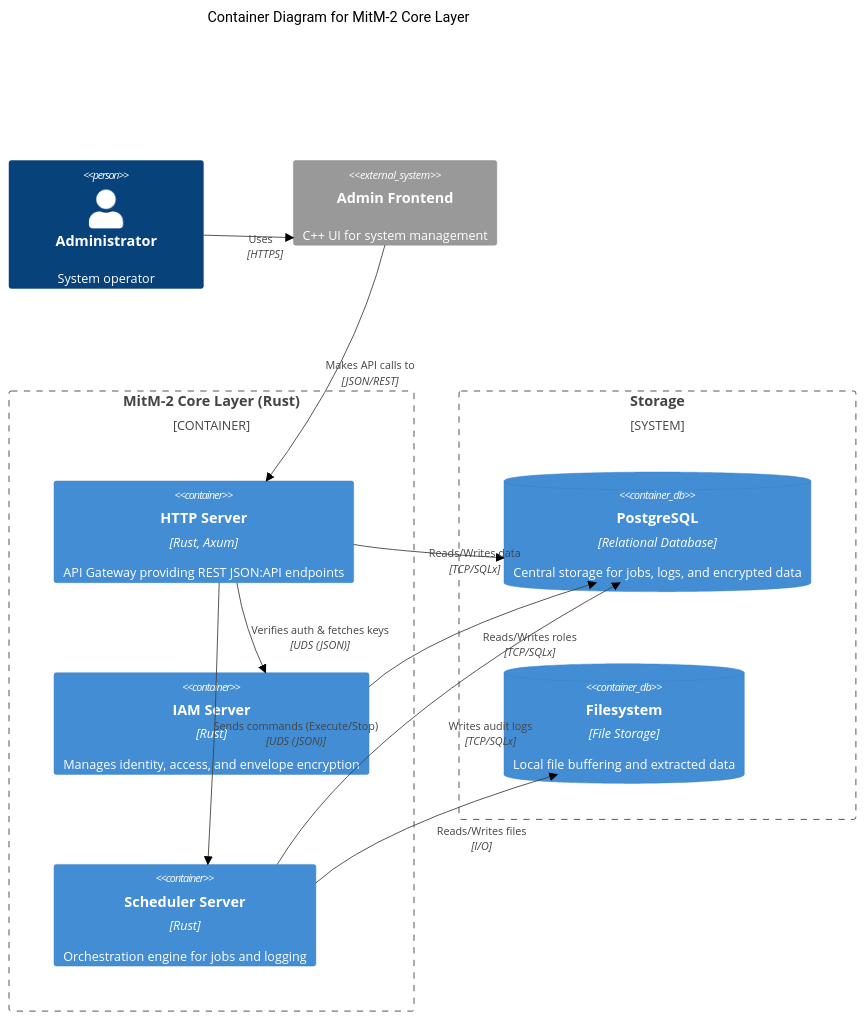
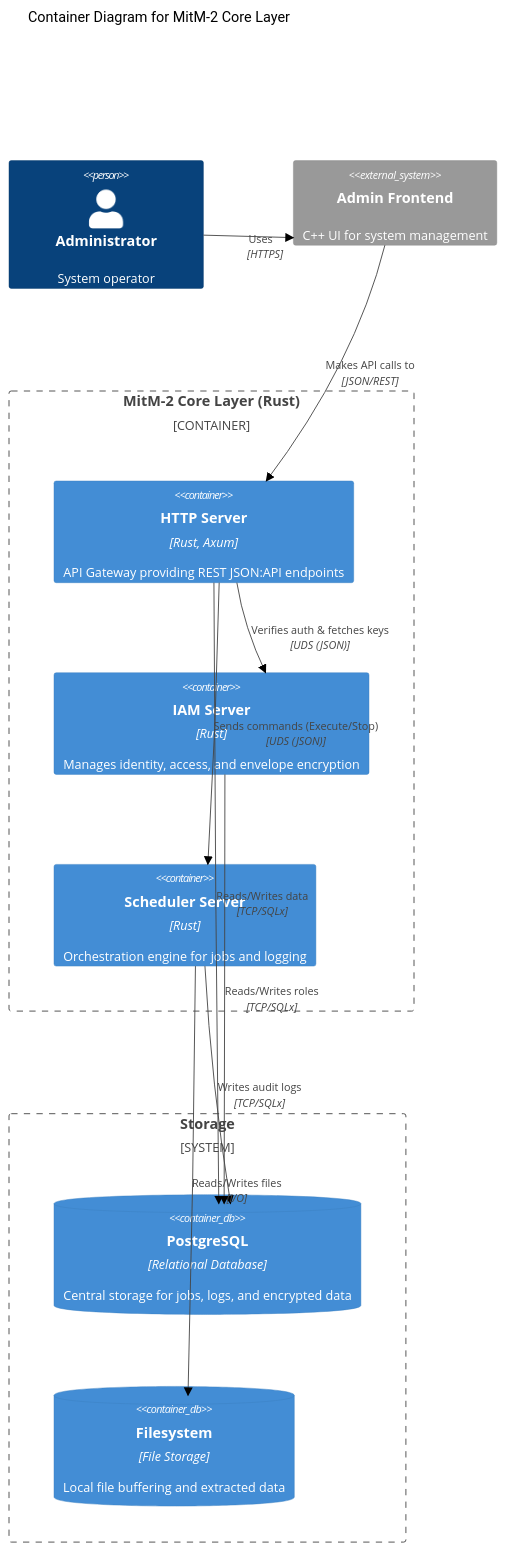
Before and after one commit to Zheng-Bote/mitm_core-layer: the second of 2 diagrams in README.md, drawn with Mermaid (forest theme).

Commit message:
docs: Force vertical layout for boundaries in C4 diagram

````diff
--- a/README.md
+++ b/README.md
@@ -36,32 +36,33 @@
 ```mermaid
 C4Container
     title Container Diagram for MitM-2 Core Layer
+    UpdateLayoutConfig($c4ShapeInRow="3", $c4BoundaryInRow="1")
 
     %% 1. Reihe
     Person(admin, "Administrator", "System operator")
     System_Ext(cpp_frontend, "Admin Frontend", "C++ UI for system management")
 
     %% 2. Reihe
     Container_Boundary(c1, "MitM-2 Core Layer (Rust)") {
         Container(http_server, "HTTP Server", "Rust, Axum", "API Gateway providing REST JSON:API endpoints")
         Container(iam_server, "IAM Server", "Rust", "Manages identity, access, and envelope encryption")
         Container(scheduler, "Scheduler Server", "Rust", "Orchestration engine for jobs and logging")
     }
 
     %% 3. Reihe
     System_Boundary(storage, "Storage") {
         ContainerDb(db, "PostgreSQL", "Relational Database", "Central storage for jobs, logs, and encrypted data")
         ContainerDb(fs, "Filesystem", "File Storage", "Local file buffering and extracted data")
     }
 
     Rel(admin, cpp_frontend, "Uses", "HTTPS")
     Rel(cpp_frontend, http_server, "Makes API calls to", "JSON/REST")
     
     Rel(http_server, iam_server, "Verifies auth & fetches keys", "UDS (JSON)")
     Rel(http_server, scheduler, "Sends commands (Execute/Stop)", "UDS (JSON)")
     
     Rel(http_server, db, "Reads/Writes data", "TCP/SQLx")
     Rel(iam_server, db, "Reads/Writes roles", "TCP/SQLx")
     Rel(scheduler, db, "Writes audit logs", "TCP/SQLx")
     Rel(scheduler, fs, "Reads/Writes files", "I/O")
 ```
````
